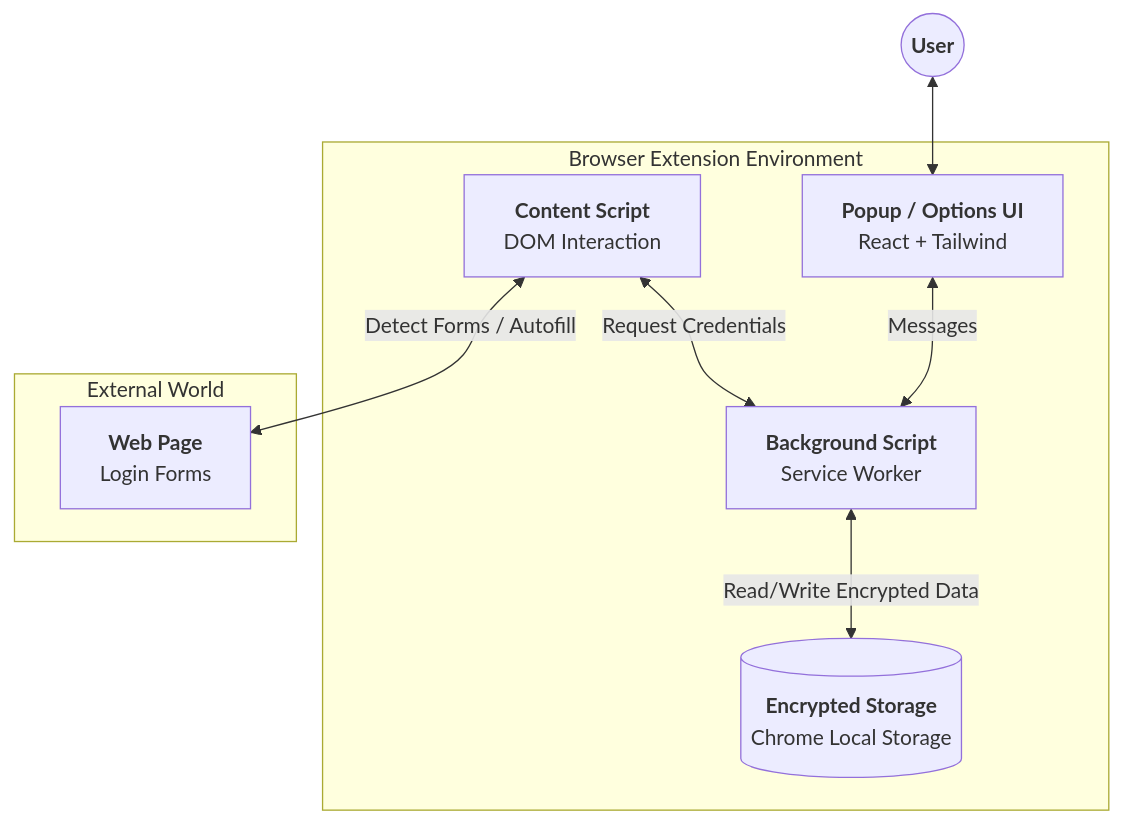
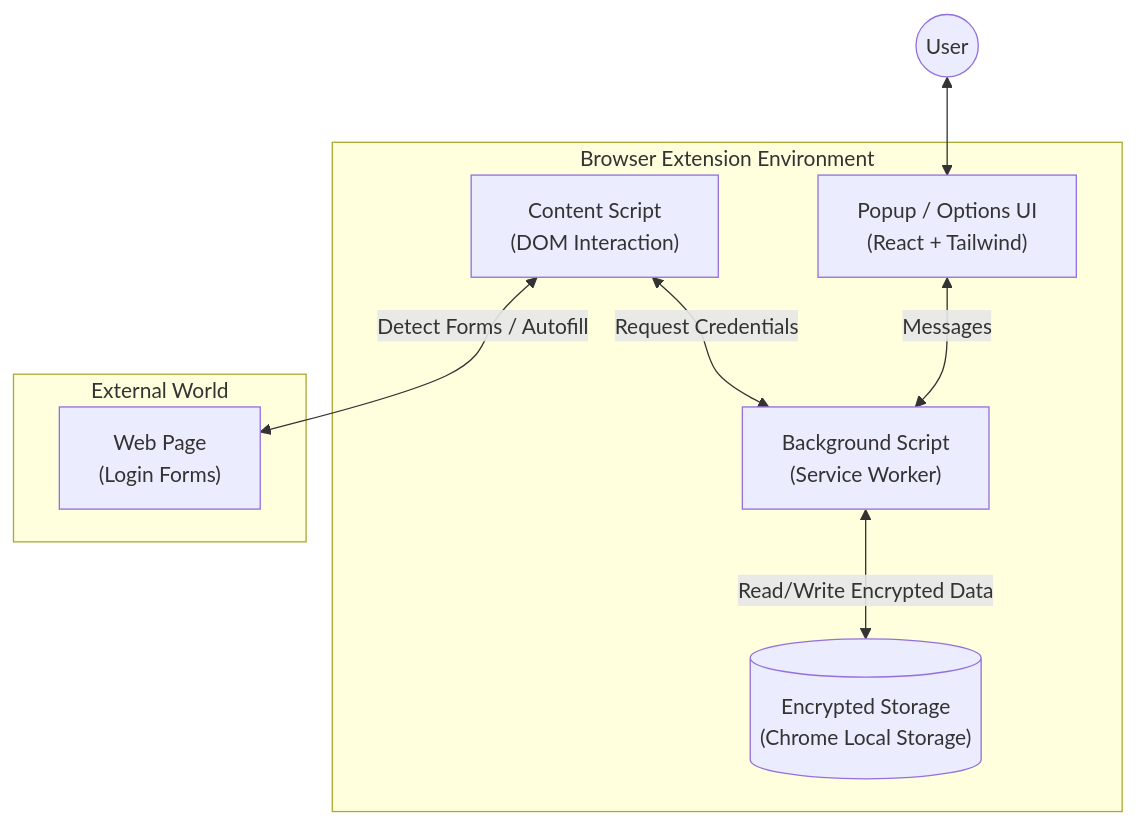
Before and after one commit to Konduru-Hemesh/Secure_password_manager_WebExtension: the diagram in README.md, drawn with Mermaid. The commit also changed other lines of this file, not shown here.

Commit message:
Updated Readme File

````diff
--- a/README.md
+++ b/README.md
@@ -28,19 +40,19 @@
 ```mermaid
 graph TD
     subgraph "Browser Extension Environment"
-        UI[<b>Popup / Options UI</b><br/>React + Tailwind]
-        BG[<b>Background Script</b><br/>Service Worker]
-        CS[<b>Content Script</b><br/>DOM Interaction]
-        Vault[(<b>Encrypted Storage</b><br/>Chrome Local Storage)]
+        UI["Popup / Options UI\n(React + Tailwind)"]
+        BG["Background Script\n(Service Worker)"]
+        CS["Content Script\n(DOM Interaction)"]
+        Vault[("Encrypted Storage\n(Chrome Local Storage)")]
     end
 
     subgraph "External World"
-        Web[<b>Web Page</b><br/>Login Forms]
+        Web["Web Page\n(Login Forms)"]
     end
 
-    User((<b>User</b>)) <--> UI
+    User(("User")) <--> UI
     UI <-->|Messages| BG
     BG <-->|Read/Write Encrypted Data| Vault
     CS <-->|Detect Forms / Autofill| Web
     CS <-->|Request Credentials| BG
 ```
````
